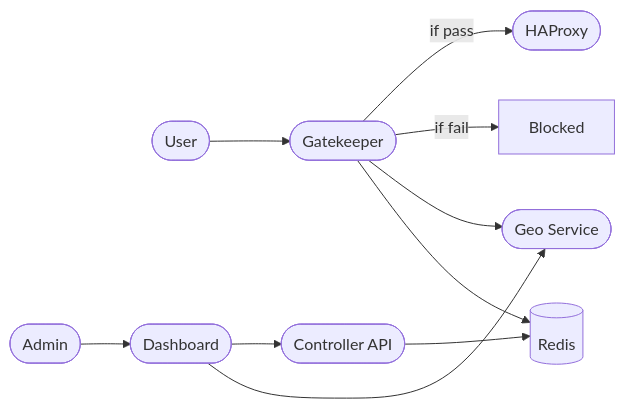
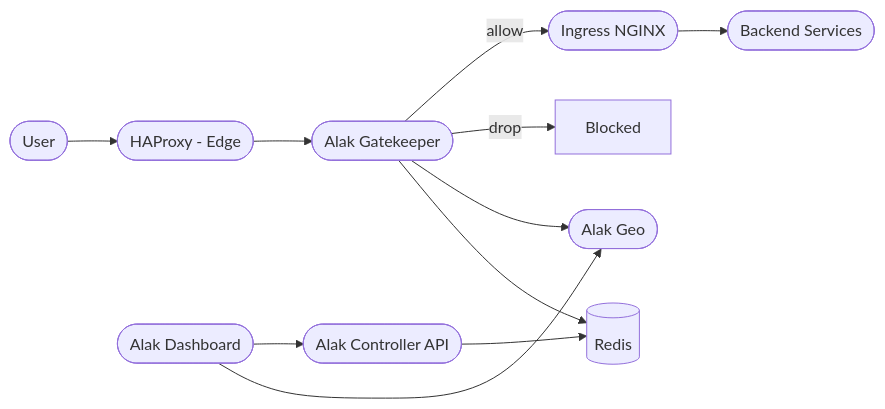
One commit to mehrdadrfe/alak-stack changed the first of 2 diagrams in README.md. Above: the diagram before and after it, drawn with Mermaid. The commit also changed other lines of this file, not shown here.

````diff
--- a/README.md
+++ b/README.md
@@ -9,21 +15,20 @@
 ```mermaid
 flowchart LR
     user([User])
-    admin([Admin])
-    dashboard([Dashboard])
-    gk([Gatekeeper])
-    geo([Geo Service])
-    controller([Controller API])
+    haproxy_edge([HAProxy - Edge])
+    gk([Alak Gatekeeper])
+    ingress([Ingress NGINX])
+    svc([Backend Services])
+    geo([Alak Geo])
+    ctl([Alak Controller API])
+    dash([Alak Dashboard])
     redis[(Redis)]
-    haproxy([HAProxy])
 
-    user --> gk
-    gk -- if pass --> haproxy
-    gk -- if fail --> X[Blocked]
+    user --> haproxy_edge --> gk
+    gk -- allow --> ingress --> svc
+    gk -- drop --> X[Blocked]
     gk --> geo
     gk --> redis
-    dashboard --> controller
-    dashboard --> geo
-    admin --> dashboard
-    controller --> redis
+    dash --> ctl --> redis
+    dash --> geo
 ```
````
